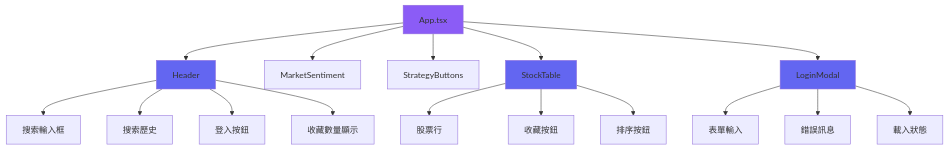
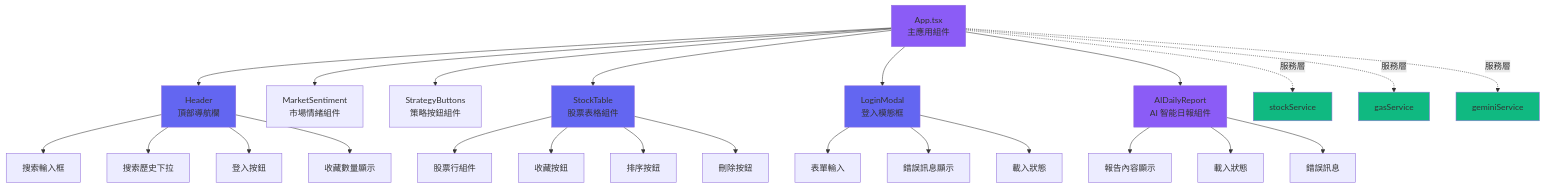
One commit to qwerboy-design/gemini-fintech-pro changed the sixth of 6 diagrams in README.md. Above: the diagram before and after it, drawn with Mermaid. The commit also changed other lines of this file and 87 other files, not shown here.

````diff
--- a/README.md
+++ b/README.md
@@ -245,26 +404,40 @@
 ```mermaid
 graph TD
-    A[App.tsx] --> B[Header]
-    A --> C[MarketSentiment]
-    A --> D[StrategyButtons]
-    A --> E[StockTable]
-    A --> F[LoginModal]
+    A[App.tsx<br/>主應用組件] --> B[Header<br/>頂部導航欄]
+    A --> C[MarketSentiment<br/>市場情緒組件]
+    A --> D[StrategyButtons<br/>策略按鈕組件]
+    A --> E[StockTable<br/>股票表格組件]
+    A --> F[LoginModal<br/>登入模態框]
+    A --> G[AIDailyReport<br/>AI 智能日報組件]
     
     B --> B1[搜索輸入框]
-    B --> B2[搜索歷史]
+    B --> B2[搜索歷史下拉]
     B --> B3[登入按鈕]
     B --> B4[收藏數量顯示]
     
-    E --> E1[股票行]
+    E --> E1[股票行組件]
     E --> E2[收藏按鈕]
     E --> E3[排序按鈕]
+    E --> E4[刪除按鈕]
     
     F --> F1[表單輸入]
-    F --> F2[錯誤訊息]
+    F --> F2[錯誤訊息顯示]
     F --> F3[載入狀態]
     
+    G --> G1[報告內容顯示]
+    G --> G2[載入狀態]
+    G --> G3[錯誤訊息]
+    
+    A -.服務層.-> H[stockService]
+    A -.服務層.-> I[gasService]
+    A -.服務層.-> J[geminiService]
+    
     style A fill:#8b5cf6
+    style G fill:#8b5cf6
     style B fill:#6366f1
     style E fill:#6366f1
     style F fill:#6366f1
+    style H fill:#10b981
+    style I fill:#10b981
+    style J fill:#10b981
 ```
````
